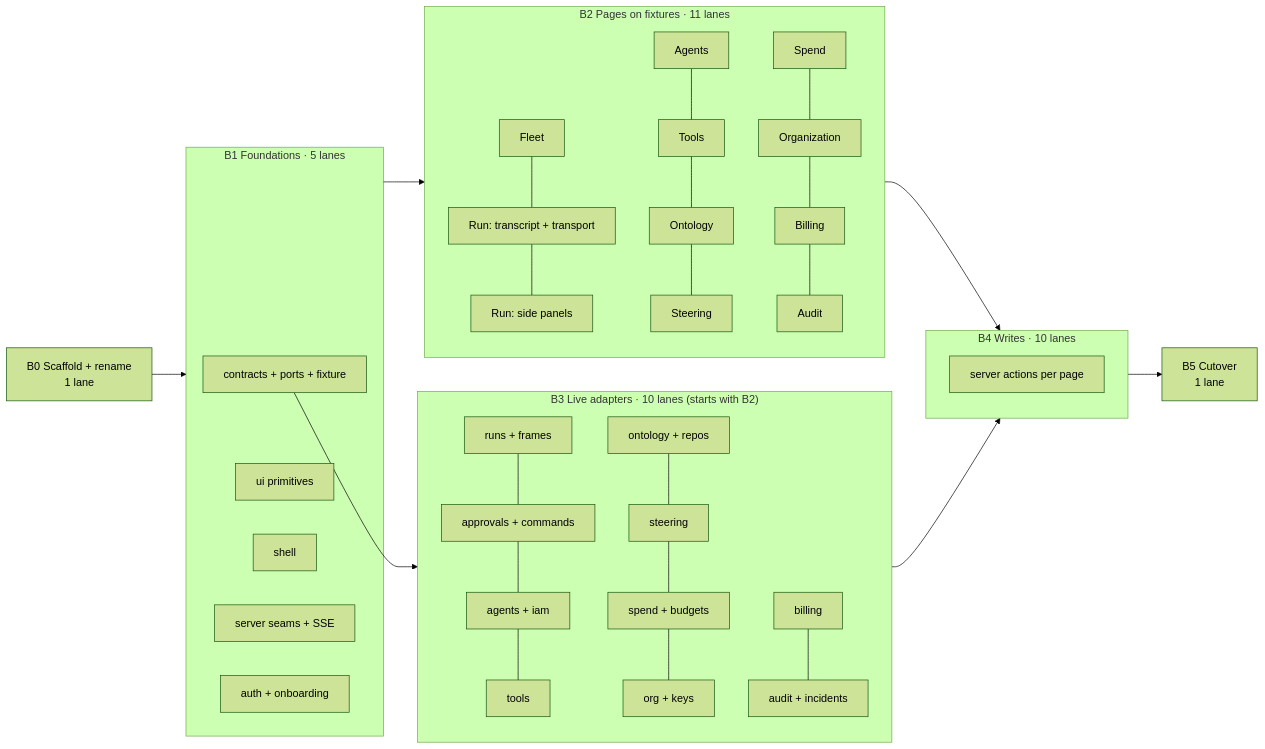
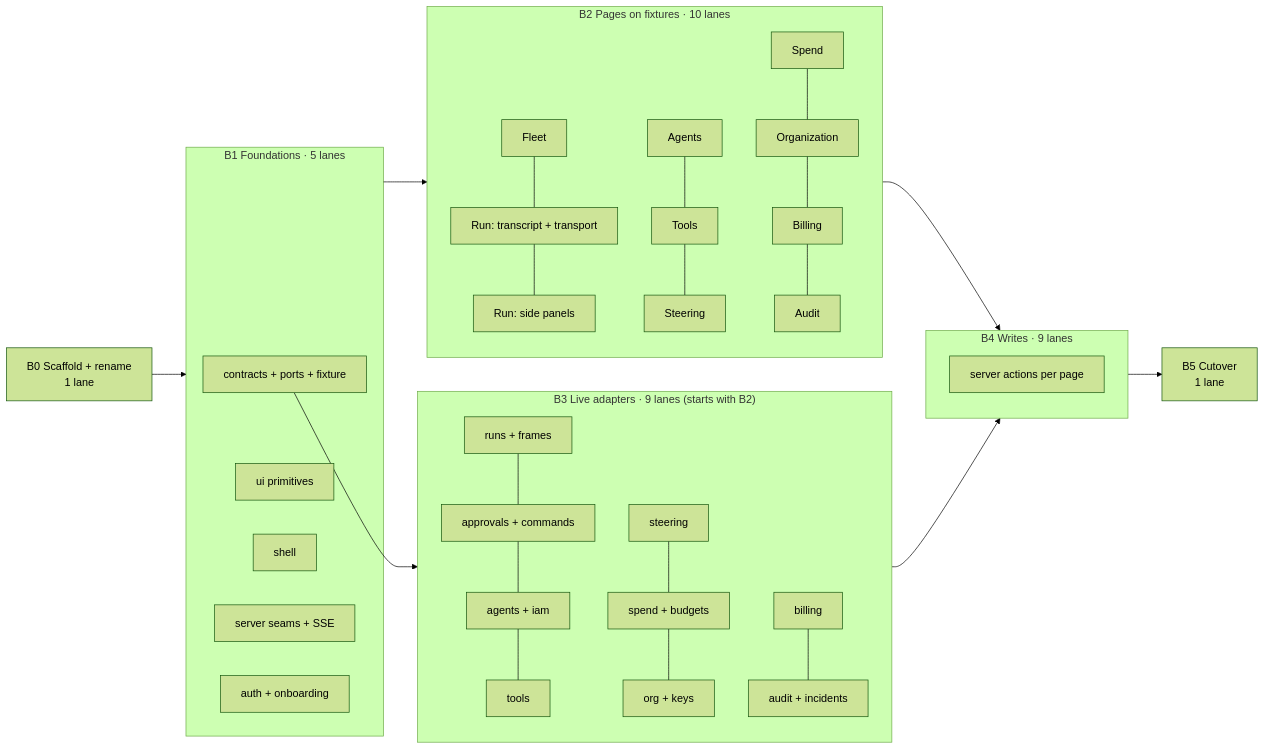
The diagram in docs/2026-09-12-mission-control-app-implementation-plan.md (macanderson/oxagen-roadmap), drawn with Mermaid (forest theme) before and after one commit. The commit also changed other lines of this file and 59 other files, not shown here.

````diff
--- a/docs/2026-09-12-mission-control-app-implementation-plan.md
+++ b/docs/2026-09-12-mission-control-app-implementation-plan.md
@@ -985,29 +977,29 @@
 ```mermaid
 flowchart LR
   B0["B0 Scaffold + rename<br/>1 lane"] --> B1
   subgraph B1["B1 Foundations · 5 lanes"]
     L1[contracts + ports + fixture]
     L2[ui primitives]
     L3[shell]
     L4[server seams + SSE]
     L5[auth + onboarding]
   end
   B1 --> B2
-  subgraph B2["B2 Pages on fixtures · 11 lanes"]
+  subgraph B2["B2 Pages on fixtures · 10 lanes"]
     P1[Fleet] --- P2a[Run: transcript + transport] --- P2b[Run: side panels]
-    P3[Agents] --- P4[Tools] --- P5[Ontology] --- P6[Steering]
-    P7[Spend] --- P8[Organization] --- P9[Billing] --- P10[Audit]
+    P3[Agents] --- P4[Tools] --- P5[Steering]
+    P6[Spend] --- P7[Organization] --- P8[Billing] --- P9[Audit]
   end
   L1 --> B3
-  subgraph B3["B3 Live adapters · 10 lanes (starts with B2)"]
+  subgraph B3["B3 Live adapters · 9 lanes (starts with B2)"]
     A1[runs + frames] --- A2[approvals + commands] --- A3[agents + iam] --- A4[tools]
-    A5[ontology + repos] --- A6[steering] --- A7[spend + budgets] --- A8[org + keys]
-    A9[billing] --- A10[audit + incidents]
+    A5[steering] --- A6[spend + budgets] --- A7[org + keys]
+    A8[billing] --- A9[audit + incidents]
   end
   B2 --> B4
   B3 --> B4
-  subgraph B4["B4 Writes · 10 lanes"]
+  subgraph B4["B4 Writes · 9 lanes"]
     W[server actions per page]
   end
   B4 --> B5["B5 Cutover<br/>1 lane"]
 ```
````
